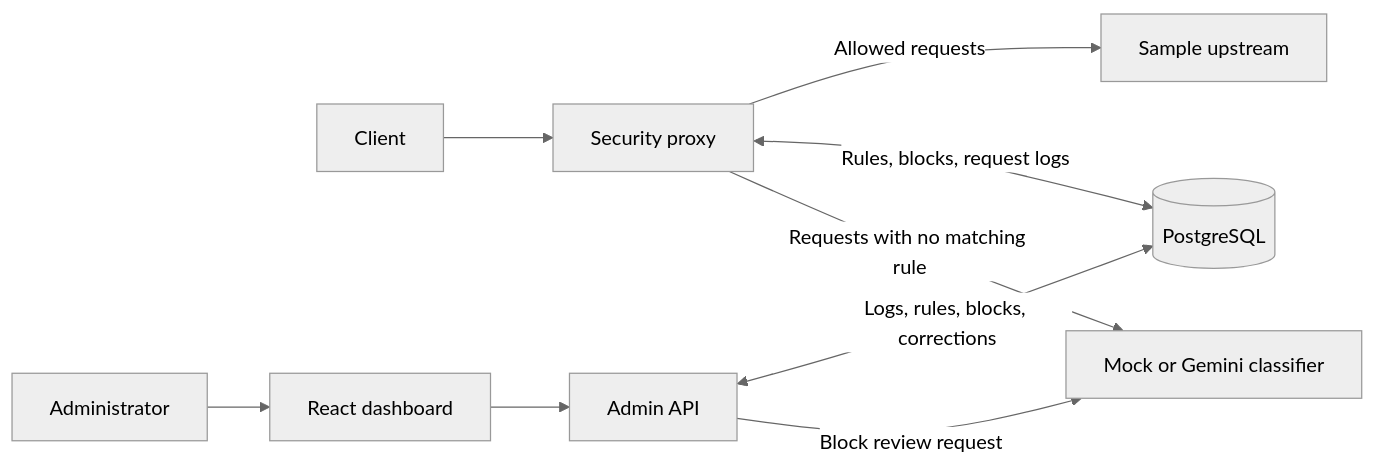
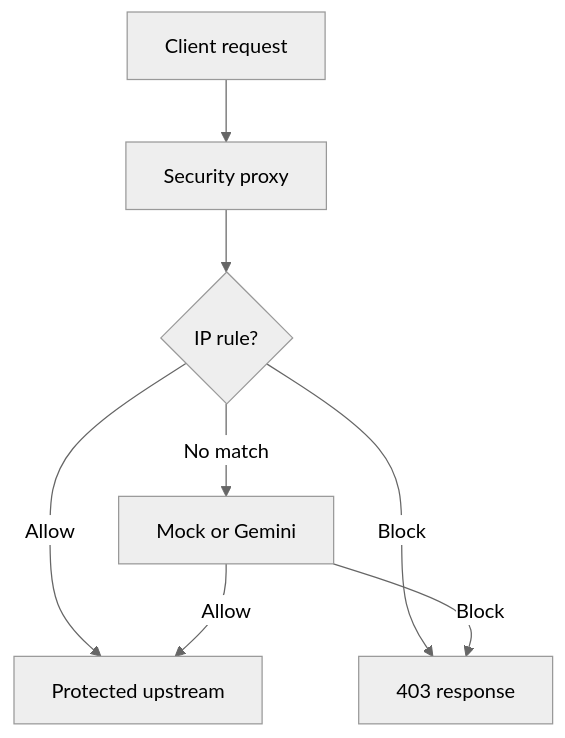
The diagram in README.md (nabiha45/AI-Powered-Reverse-Proxy), drawn with Mermaid (neutral theme) before and after one commit. The commit also changed other lines of this file, not shown here.

````diff
--- a/README.md
+++ b/README.md
@@ -19,12 +19,10 @@
 ```mermaid
-flowchart LR
-    Client[Client] --> Proxy[Security proxy]
-    Proxy -->|Allowed requests| Upstream[Sample upstream]
-    Proxy <-->|Rules, blocks, request logs| DB[(PostgreSQL)]
-    Proxy -->|Requests with no matching rule| AI[Mock or Gemini classifier]
-
-    Admin[Administrator] --> Dashboard[React dashboard]
-    Dashboard --> AdminAPI[Admin API]
-    AdminAPI <-->|Logs, rules, blocks, corrections| DB
-    AdminAPI -->|Block review request| AI
+flowchart TD
+    Client[Client request] --> Proxy[Security proxy]
+    Proxy --> Rules{IP rule?}
+    Rules -->|Allow| Upstream[Protected upstream]
+    Rules -->|Block| Denied[403 response]
+    Rules -->|No match| AI[Mock or Gemini]
+    AI -->|Allow| Upstream
+    AI -->|Block| Denied
 ```
````
